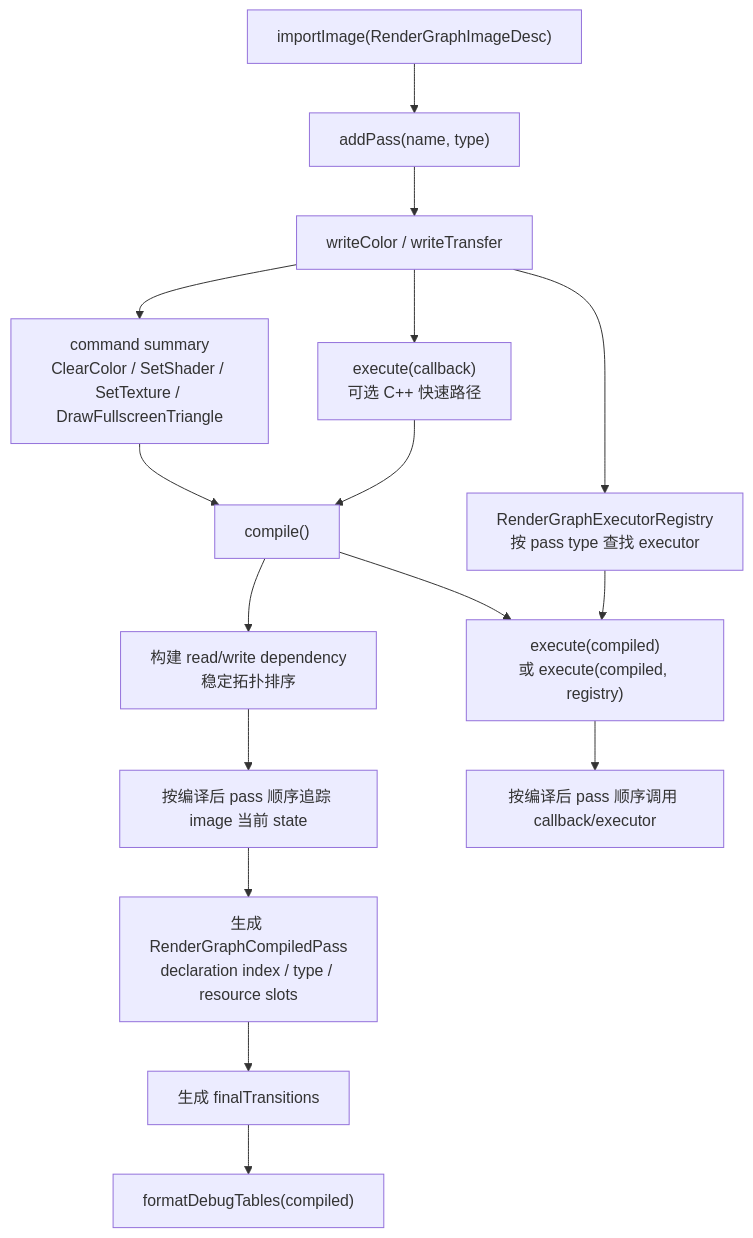
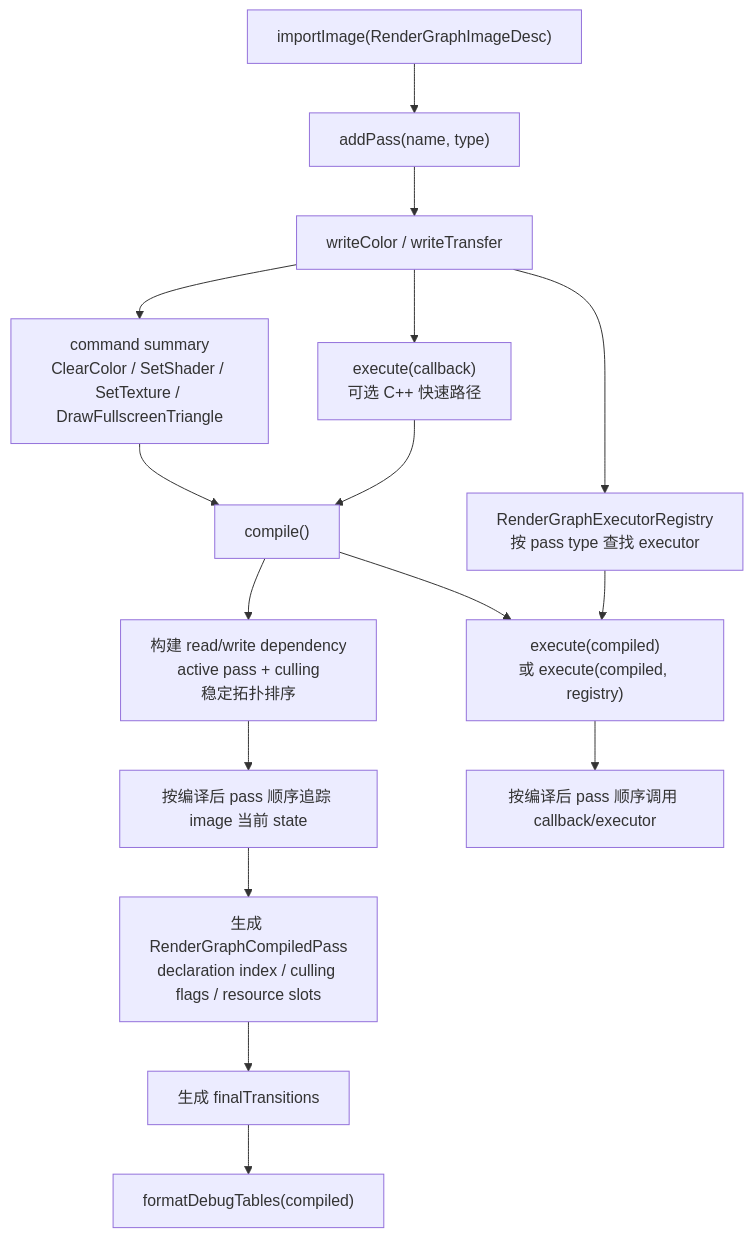
Before and after one commit to 66six11/Engine: diagram 11 of 14 in docs/flow-architecture.md, drawn with Mermaid. The commit also changed other lines of this file and 7 other files, not shown here.

Commit message:
feat(rendergraph): tighten graph validation and culling

````diff
--- a/docs/flow-architecture.md
+++ b/docs/flow-architecture.md
@@ -441,26 +441,26 @@
 ```mermaid
 flowchart TD
     Import["importImage(RenderGraphImageDesc)"]
     AddPass["addPass(name, type)"]
     Writes["writeColor / writeTransfer"]
     Callback["execute(callback)<br/>可选 C++ 快速路径"]
     Commands["command summary<br/>ClearColor / SetShader / SetTexture / DrawFullscreenTriangle"]
     Registry["RenderGraphExecutorRegistry<br/>按 pass type 查找 executor"]
     Compile["compile()"]
-    Dependencies["构建 read/write dependency<br/>稳定拓扑排序"]
+    Dependencies["构建 read/write dependency<br/>active pass + culling<br/>稳定拓扑排序"]
     Track["按编译后 pass 顺序追踪 image 当前 state"]
-    PassPlan["生成 RenderGraphCompiledPass<br/>declaration index / type / resource slots"]
+    PassPlan["生成 RenderGraphCompiledPass<br/>declaration index / culling flags / resource slots"]
     Final["生成 finalTransitions"]
     DebugTables["formatDebugTables(compiled)"]
     Execute["execute(compiled)<br/>或 execute(compiled, registry)"]
     Callbacks["按编译后 pass 顺序调用 callback/executor"]
 
     Import --> AddPass --> Writes --> Commands
     Writes --> Callback
     Writes --> Registry
     Commands --> Compile
     Callback --> Compile --> Dependencies --> Track --> PassPlan --> Final
     Final --> DebugTables
     Compile --> Execute
     Registry --> Execute --> Callbacks
 ```
````
